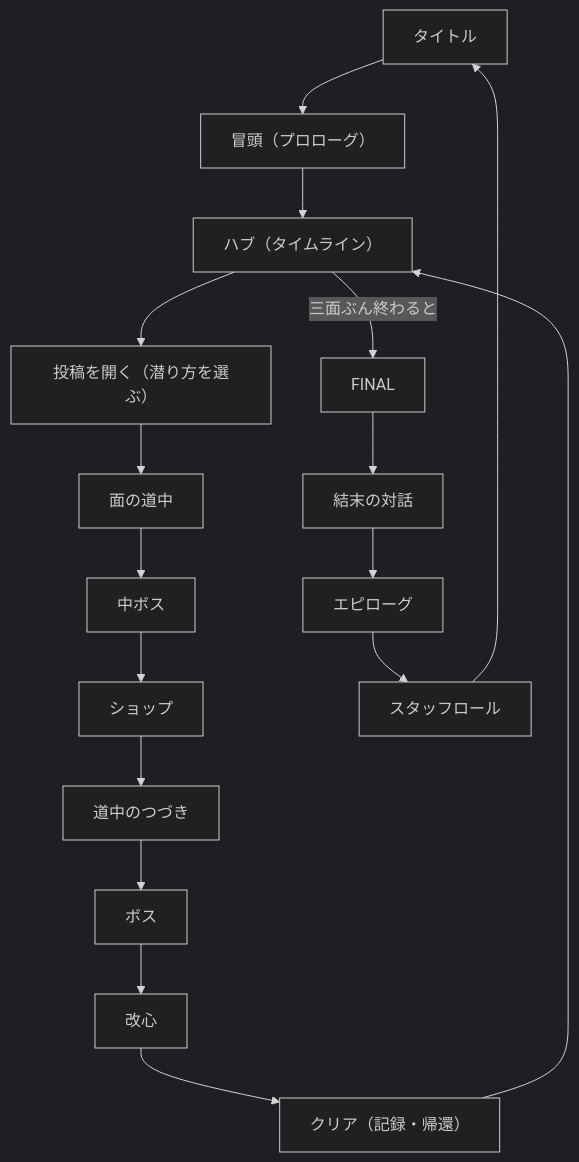
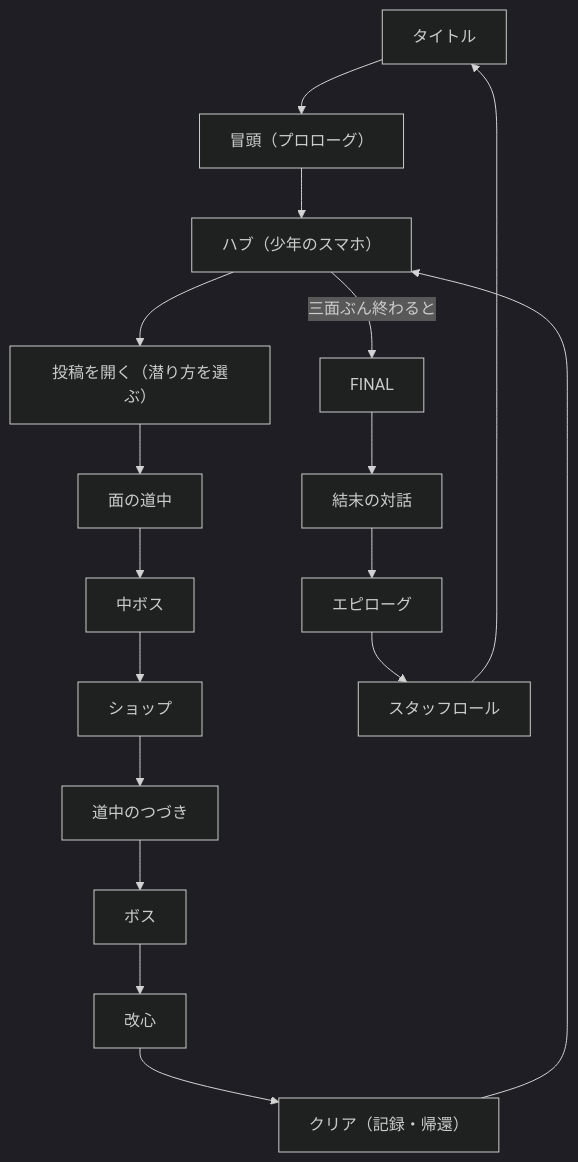
Before and after one commit to takutoruku1/algo_shoot: the first of 2 diagrams in wiki/09_システム/01_全体の流れ.md, drawn with Mermaid (dark theme). The commit also changed other lines of this file and 23 other files, not shown here.

````diff
--- a/wiki/09_システム/01_全体の流れ.md
+++ b/wiki/09_システム/01_全体の流れ.md
@@ -9,19 +9,19 @@
 ```mermaid
 flowchart TD
   T["タイトル"] --> P["冒頭（プロローグ）"]
-  P --> H["ハブ（タイムライン）"]
+  P --> H["ハブ（少年のスマホ）"]
   H --> D["投稿を開く（潜り方を選ぶ）"]
   D --> S["面の道中"]
   S --> M["中ボス"]
   M --> SH["ショップ"]
   SH --> S2["道中のつづき"]
   S2 --> B["ボス"]
   B --> R["改心"]
   R --> C["クリア（記録・帰還）"]
   C --> H
   H -->|三面ぶん終わると| F["FINAL"]
   F --> FI["結末の対話"]
   FI --> E["エピローグ"]
   E --> CR["スタッフロール"]
   CR --> T
 ```
````
